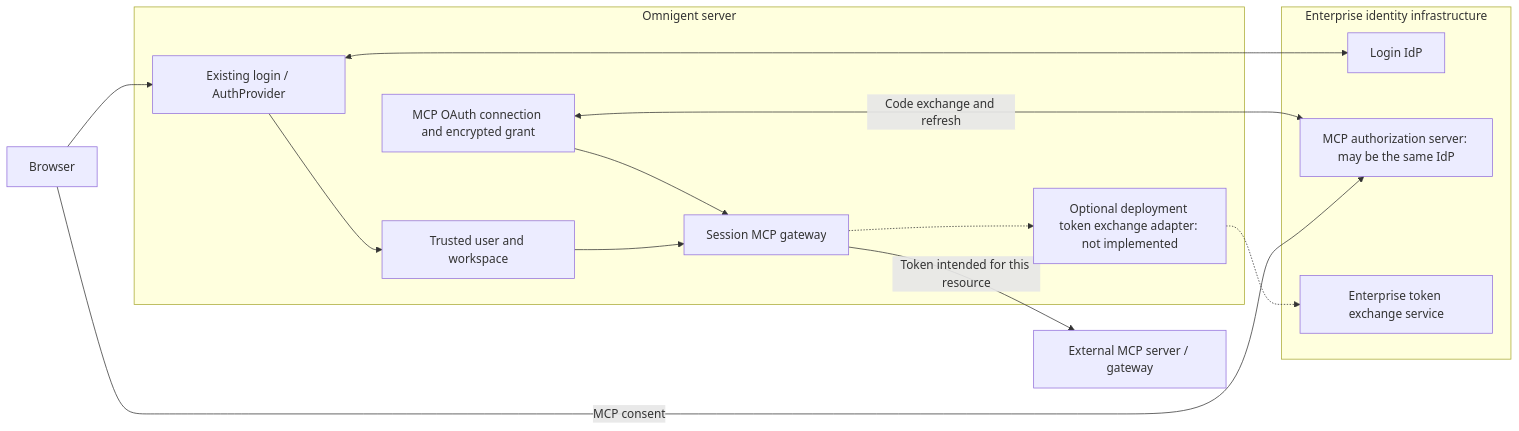
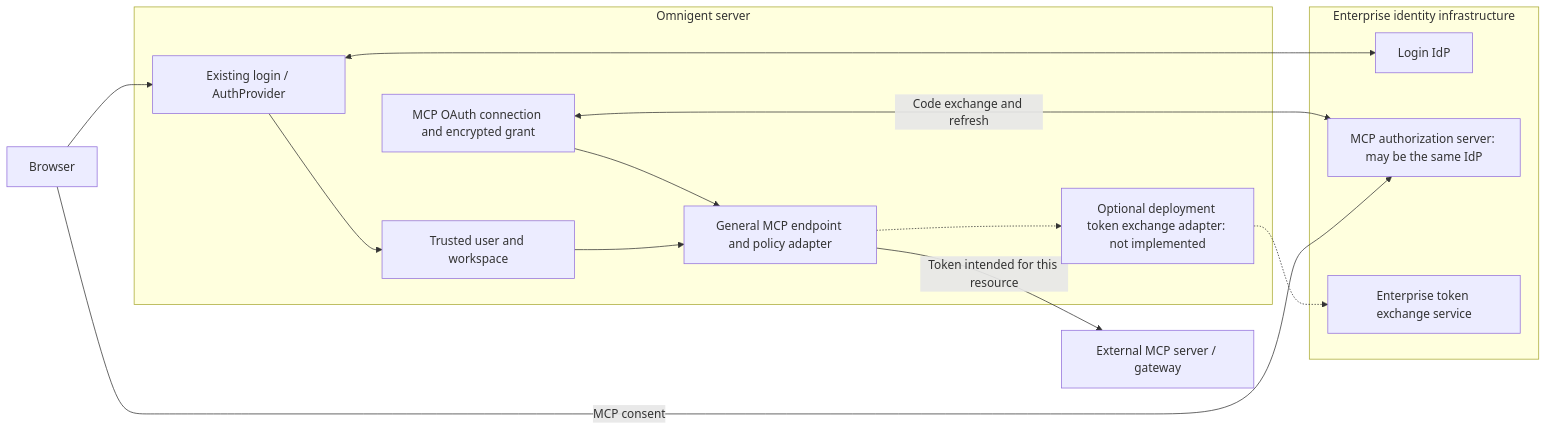
The seventh of 7 diagrams in designs/MCP_REGISTRY_GATEWAY.md (omnigent-ai/omnigent), drawn with Mermaid before and after one commit. The commit also changed other lines of this file and 19 other files, not shown here.

Commit message:
Separate managed MCP gateway routing from session policy context

````diff
--- a/designs/MCP_REGISTRY_GATEWAY.md
+++ b/designs/MCP_REGISTRY_GATEWAY.md
@@ -232,26 +281,26 @@
 ```mermaid
 flowchart LR
   B[Browser]
   subgraph server[Omnigent server]
     Login[Existing login / AuthProvider]
     User[Trusted user and workspace]
     Grant[MCP OAuth connection and encrypted grant]
-    G[Session MCP gateway]
+    G[General MCP endpoint and policy adapter]
     X[Optional deployment token exchange adapter: not implemented]
     Login --> User
     User --> G
     Grant --> G
     G -.-> X
   end
   subgraph identity[Enterprise identity infrastructure]
     IdP[Login IdP]
     Auth[MCP authorization server: may be the same IdP]
     STS[Enterprise token exchange service]
   end
   B --> Login
   Login <--> IdP
   B -->|MCP consent| Auth
   Grant <-->|Code exchange and refresh| Auth
   X -.-> STS
   G -->|Token intended for this resource| M[External MCP server / gateway]
 ```
````
